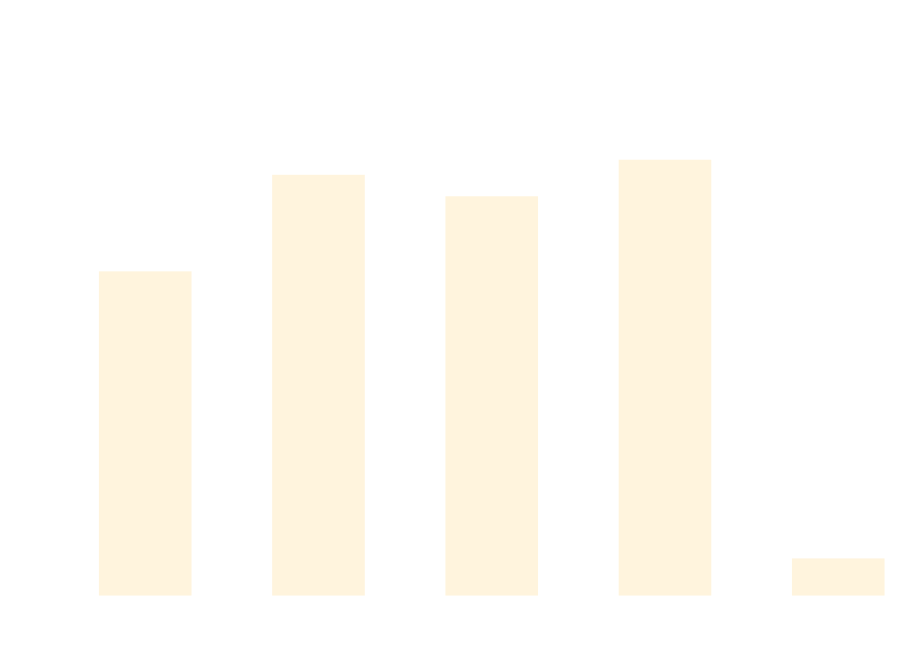
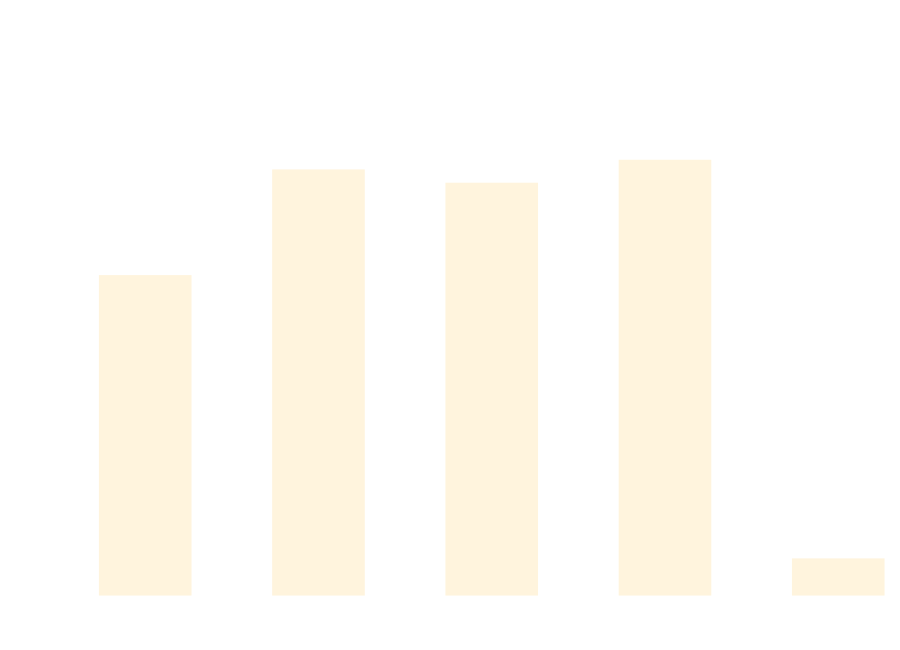
The diagram in docs/docs/benchmarks/ScaleTests.md (thomhurst/TUnit), drawn with Mermaid before and after one commit. The commit also changed other lines of this file and 17 other files, not shown here.

````diff
--- a/docs/docs/benchmarks/ScaleTests.md
+++ b/docs/docs/benchmarks/ScaleTests.md
@@ -27,37 +27,37 @@
 ```mermaid
 %%{init: {
   'theme':'base',
   'themeVariables': {
     'primaryColor': '#2563eb',
     'primaryTextColor': '#ffffff',
     'primaryBorderColor': '#1e40af',
     'lineColor': '#6b7280',
     'secondaryColor': '#7c3aed',
     'tertiaryColor': '#dc2626',
     'background': '#ffffff',
     'mainBkg': '#2563eb',
     'secondBkg': '#7c3aed',
     'tertiaryBkg': '#dc2626',
     'clusterBkg': '#f3f4f6',
     'edgeLabelBackground': '#ffffff',
     'tertiaryTextColor': '#1f2937',
     'pie1': '#2563eb',
     'pie2': '#7c3aed',
     'pie3': '#dc2626',
     'pie4': '#f59e0b',
     'pie5': '#10b981',
     'pie6': '#06b6d4',
     'pie7': '#ec4899',
     'pie8': '#6366f1',
     'pie9': '#84cc16',
     'pie10': '#f97316',
     'pie11': '#14b8a6',
     'pie12': '#a855f7'
   }
 }}%%
 xychart-beta
   title "ScaleTests Performance Comparison"
   x-axis ["TUnit", "NUnit", "MSTest", "xUnit3", "TUnit_AOT"]
-  y-axis "Time (ms)" 0 --> 756
-  bar [464.91, 607.71, 575.93, 629.95, 40.42]
+  y-axis "Time (ms)" 0 --> 751
+  bar [456.31, 611.58, 592.05, 625.75, 40.2]
 ```
````
